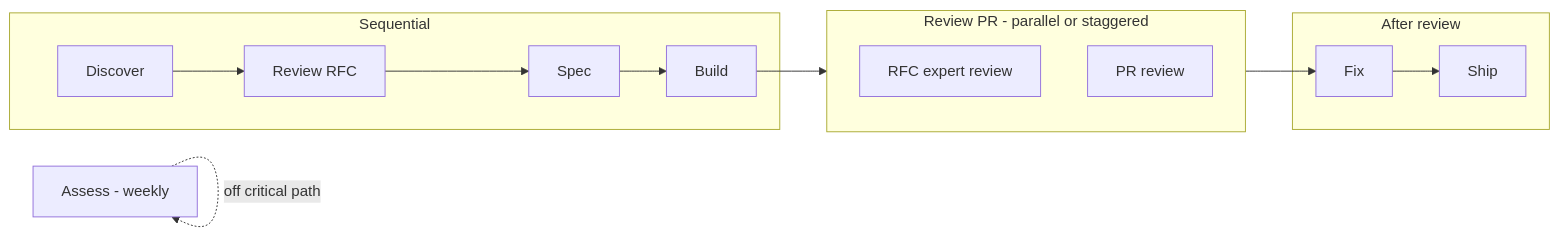
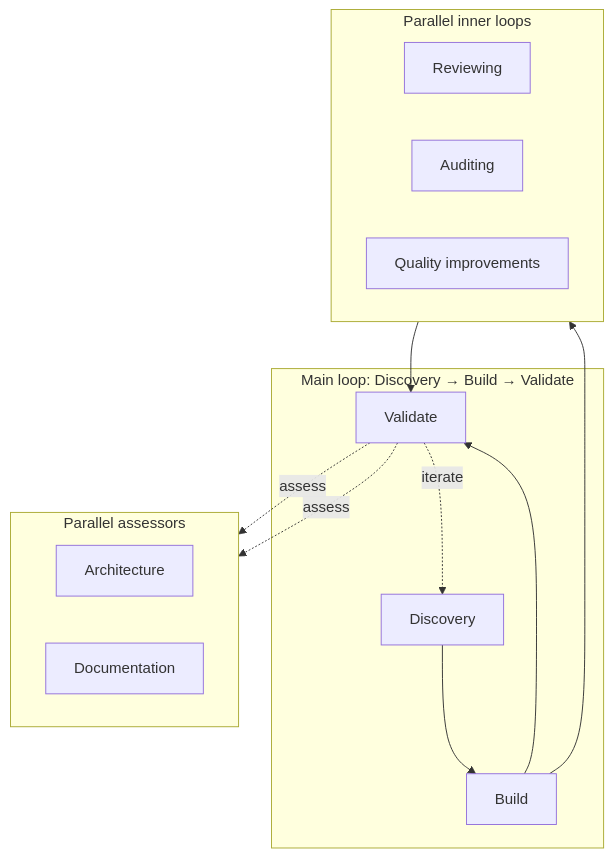
The diagram in README.md (david-gonzalez-pnw/david-gonzalez-pnw), drawn with Mermaid before and after one commit. The commit also changed other lines of this file, not shown here.

Commit message:
Align agentic loop diagram: Discovery→Build→Validate, parallel inner loops, parallel assessors

````diff
--- a/README.md
+++ b/README.md
@@ -25,20 +25,27 @@
 ```mermaid
-flowchart LR
-  subgraph sequential [Sequential]
-    A[Discover]
-    B[Review RFC]
-    C[Spec]
-    D[Build]
+flowchart TB
+  subgraph main [Main loop: Discovery → Build → Validate]
+    D[Discovery]
+    B[Build]
+    V[Validate]
   end
-  subgraph reviewPR [Review PR - parallel or staggered]
-    E[RFC expert review]
-    F[PR review]
+  D --> B --> V
+  V -.->|iterate| D
+
+  subgraph inner [Parallel inner loops]
+    direction LR
+    R[Reviewing]
+    A[Auditing]
+    Q[Quality improvements]
   end
-  subgraph afterReview [After review]
-    G[Fix]
-    H[Ship]
+  B --> inner
+  inner --> V
+
+  subgraph assessors [Parallel assessors]
+    direction LR
+    Arch[Architecture]
+    Doc[Documentation]
   end
-  I[Assess - weekly]
-  A --> B --> C --> D --> reviewPR --> G --> H
-  I -.->|off critical path| I
+  V -.->|assess| Arch
+  V -.->|assess| Doc
 ```
````
